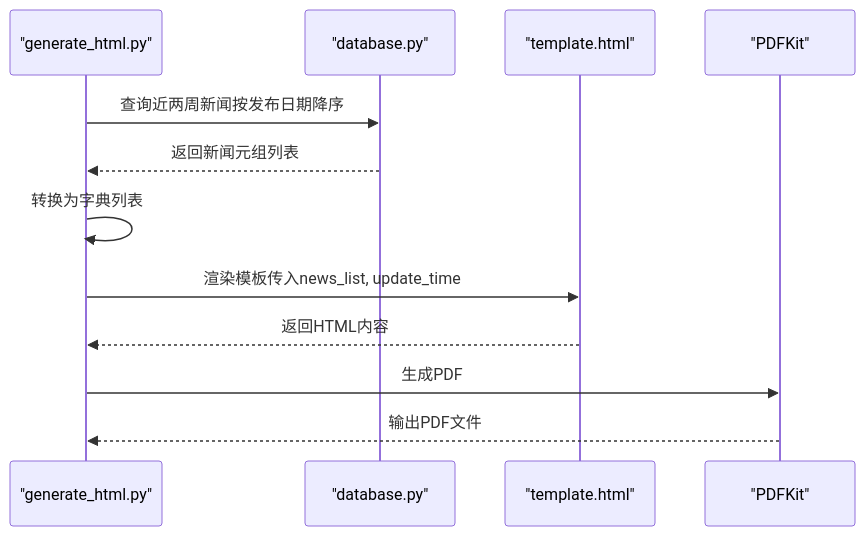
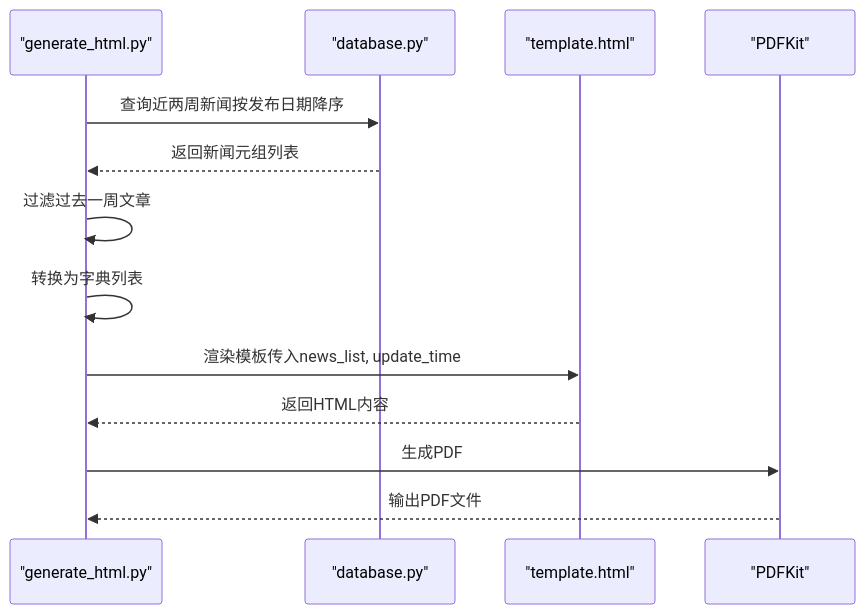
The fourth of 8 diagrams in .qoder/repowiki/zh/content/报告生成系统/报告生成系统.md (dengwanqian/news-exacter), drawn with Mermaid before and after one commit. The commit also changed other lines of this file and 8 other files, not shown here.

````diff
--- a/.qoder/repowiki/zh/content/报告生成系统/报告生成系统.md
+++ b/.qoder/repowiki/zh/content/报告生成系统/报告生成系统.md
@@ -160,14 +182,15 @@
 ```mermaid
 sequenceDiagram
 participant Gen as "generate_html.py"
 participant DB as "database.py"
 participant Tpl as "template.html"
 participant PDF as "PDFKit"
 Gen->>DB : 查询近两周新闻按发布日期降序
 DB-->>Gen : 返回新闻元组列表
+Gen->>Gen : 过滤过去一周文章
 Gen->>Gen : 转换为字典列表
 Gen->>Tpl : 渲染模板传入news_list, update_time
 Tpl-->>Gen : 返回HTML内容
 Gen->>PDF : 生成PDF
 PDF-->>Gen : 输出PDF文件
 ```
````
